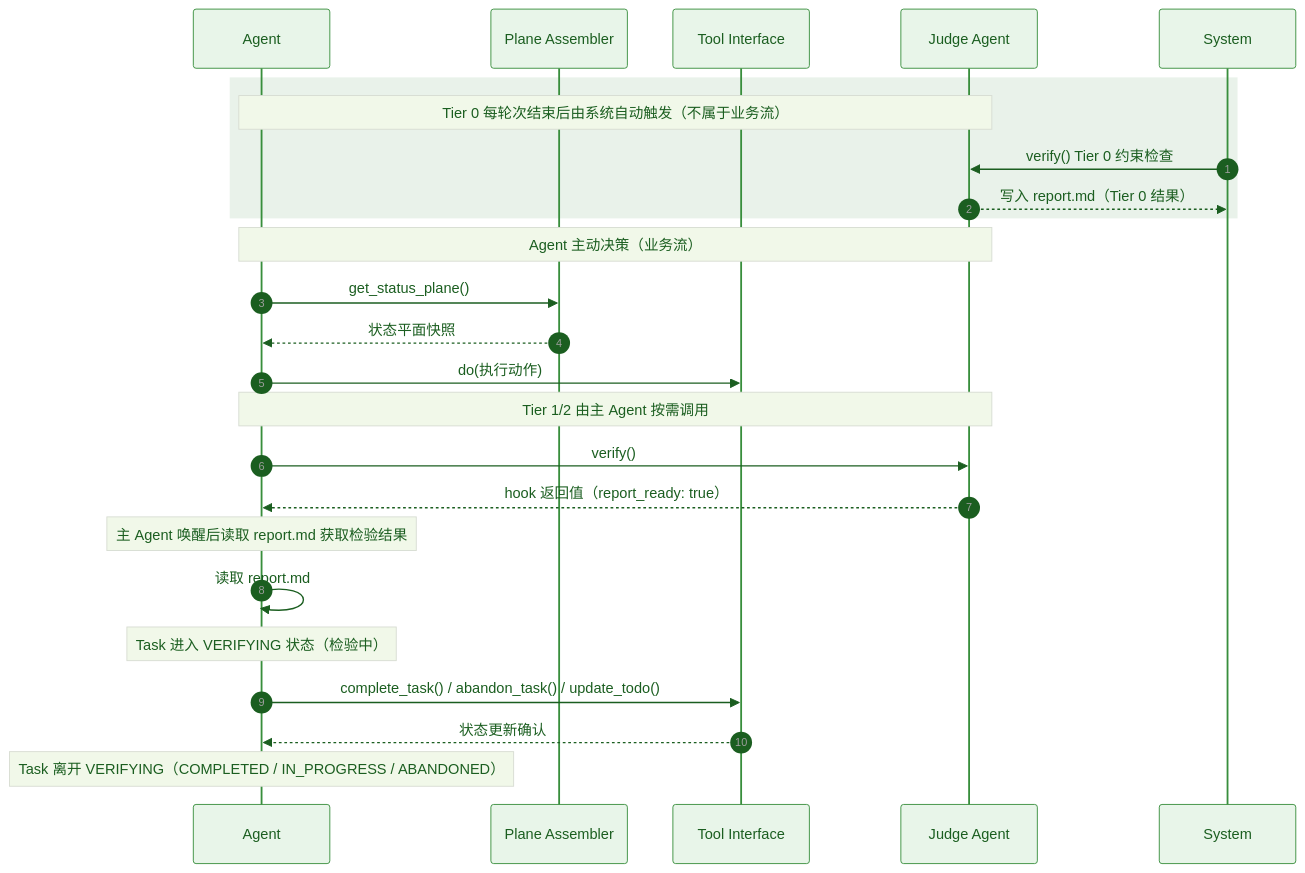
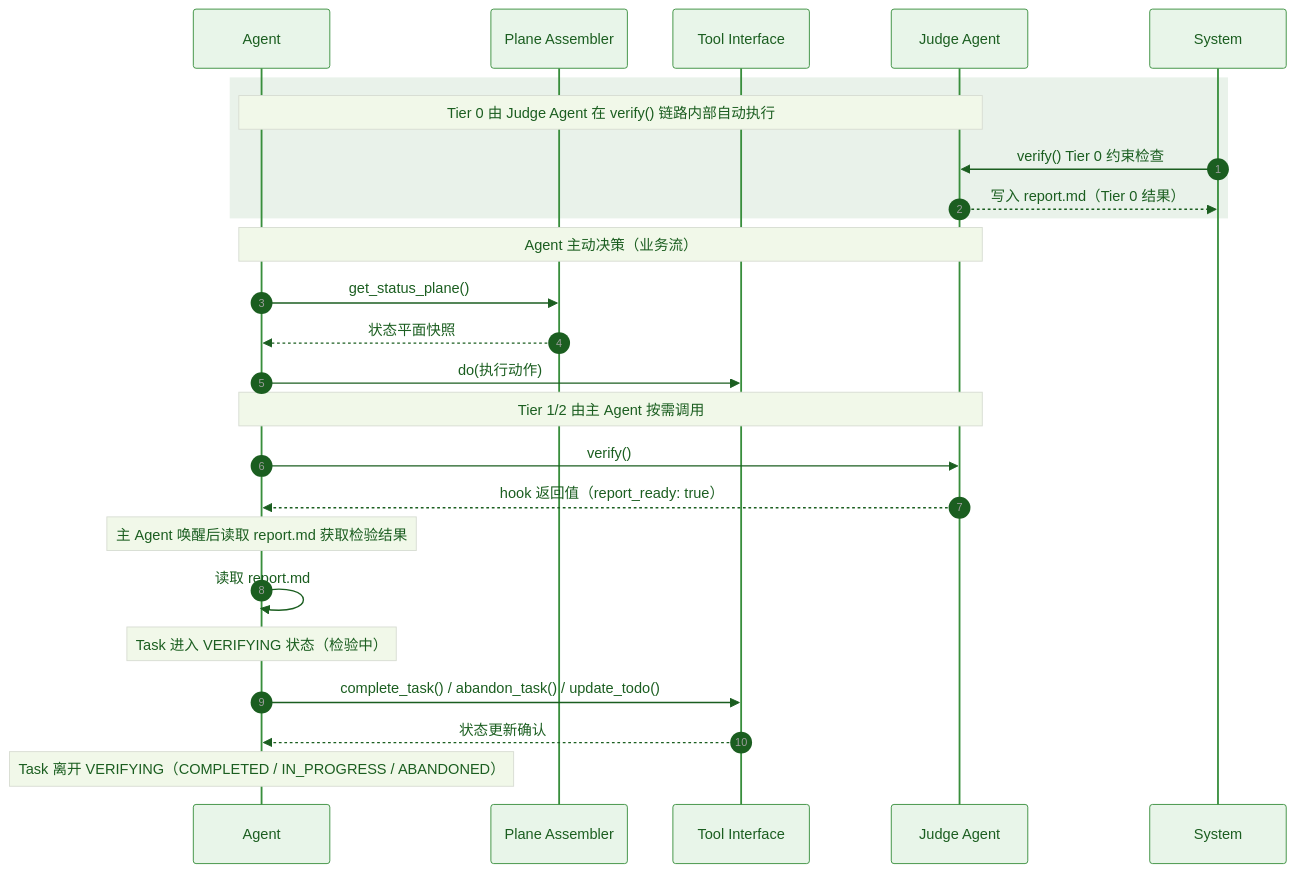
The third of 4 diagrams in docs/arch.md (Lazyn0tBug/mem0ress), drawn with Mermaid before and after one commit. The commit also changed other lines of this file and 1 other file, not shown here.

First line of the commit message:
refactor(spec): 一致化 Tier 0/1/2/3 触发机制描述

````diff
--- a/docs/arch.md
+++ b/docs/arch.md
@@ -243,34 +243,34 @@
 ```mermaid
 %% label：Agent 驱动的业务闭环
 %%{ init: { 'theme': 'base', 'themeVariables': { 'primaryColor': '#e8f5e9', 'primaryTextColor': '#1b5e20', 'primaryBorderColor': '#388e3c', 'lineColor': '#616161', 'noteBkgColor': '#f1f8e9', 'noteTextColor': '#1b5e20' } } }%%
 sequenceDiagram
     autonumber
     participant Agent
     participant PA as Plane Assembler
     participant TI as Tool Interface
     participant JA as Judge Agent
 
     rect rgba(46, 125, 50, 0.1)
-        Note over Agent,JA: Tier 0 每轮次结束后由系统自动触发（不属于业务流）
+        Note over Agent,JA: Tier 0 由 Judge Agent 在 verify() 链路内部自动执行
         System->>JA: verify() Tier 0 约束检查
         JA-->>System: 写入 report.md（Tier 0 结果）
     end
 
     Note over Agent,JA: Agent 主动决策（业务流）
     Agent->>PA: get_status_plane()
     PA-->>Agent: 状态平面快照
 
     Agent->>TI: do(执行动作)
 
     Note over Agent,JA: Tier 1/2 由主 Agent 按需调用
     Agent->>JA: verify()
     JA-->>Agent: hook 返回值（report_ready: true）
 
     Note over Agent: 主 Agent 唤醒后读取 report.md 获取检验结果
     Agent->>Agent: 读取 report.md
 
     Note over Agent: Task 进入 VERIFYING 状态（检验中）
     Agent->>TI: complete_task() / abandon_task() / update_todo()
     TI-->>Agent: 状态更新确认
     Note over Agent: Task 离开 VERIFYING（COMPLETED / IN_PROGRESS / ABANDONED）
 ```
````
